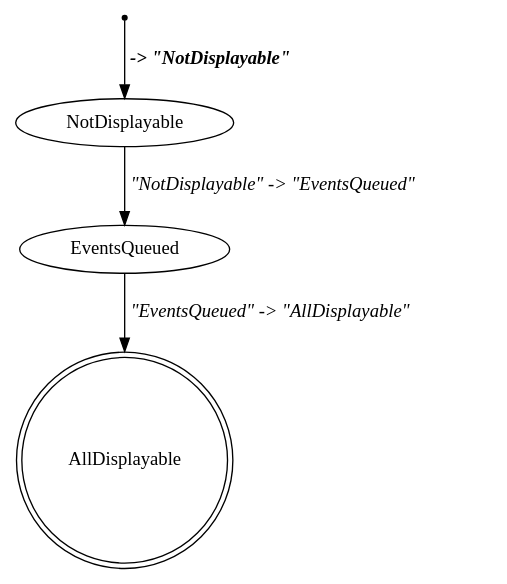
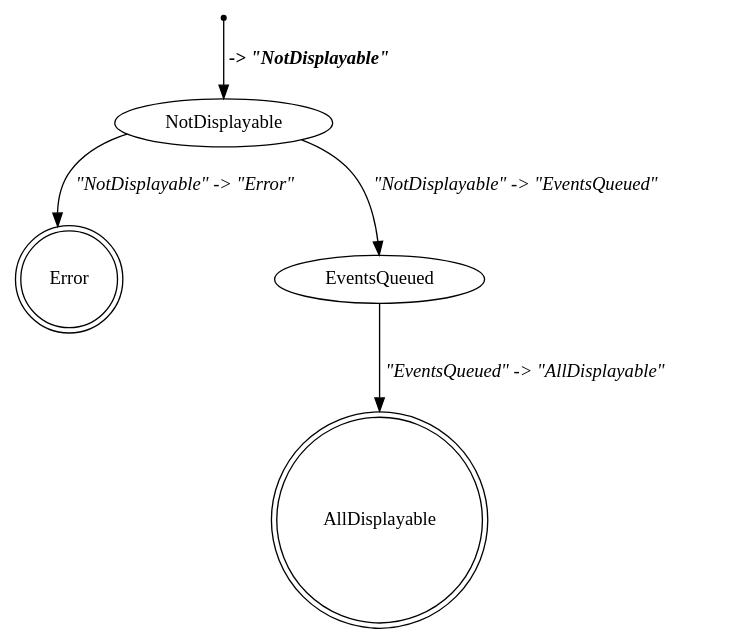
The diagram in docs/display_stm.dot (kieranjwhite/calendar_mirror), drawn with Graphviz before and after one commit. The commit also changed 4 other files, not shown here.

```diff
--- a/docs/display_stm.dot
+++ b/docs/display_stm.dot
@@ -1,9 +1,11 @@
 digraph display_stm {
     AllDisplayable[label="AllDisplayable"][shape="doublecircle"];
+    Error[label="Error"][shape="doublecircle"];
     EventsQueued[label="EventsQueued"][shape="ellipse"];
     NotDisplayable[label="NotDisplayable"][shape="ellipse"];
     _start[label="_start"][shape="point"];
     _start -> NotDisplayable[label=<<TABLE BORDER="0"><TR><TD><B><I> -&gt; "NotDisplayable"</I></B></TD></TR></TABLE>>];
     NotDisplayable -> EventsQueued[label=<<TABLE BORDER="0"><TR><TD><I>"NotDisplayable" -&gt; "EventsQueued"</I></TD></TR></TABLE>>];
     EventsQueued -> AllDisplayable[label=<<TABLE BORDER="0"><TR><TD><I>"EventsQueued" -&gt; "AllDisplayable"</I></TD></TR></TABLE>>];
+    NotDisplayable -> Error[label=<<TABLE BORDER="0"><TR><TD><I>"NotDisplayable" -&gt; "Error"</I></TD></TR></TABLE>>];
 }
```
